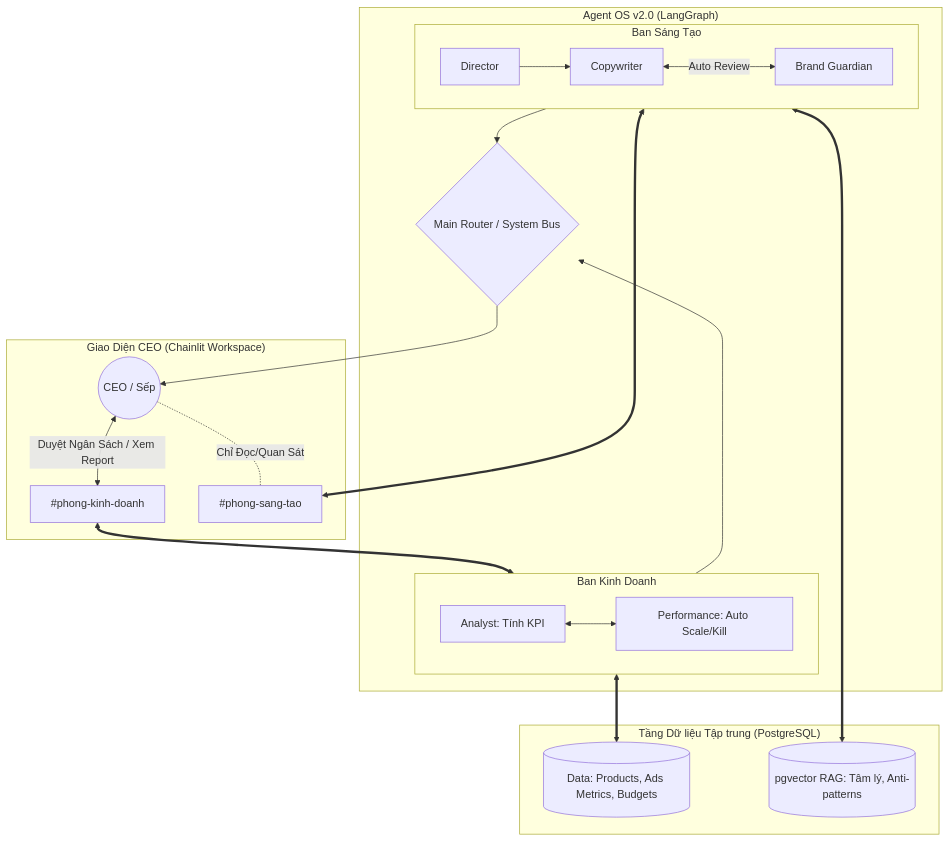
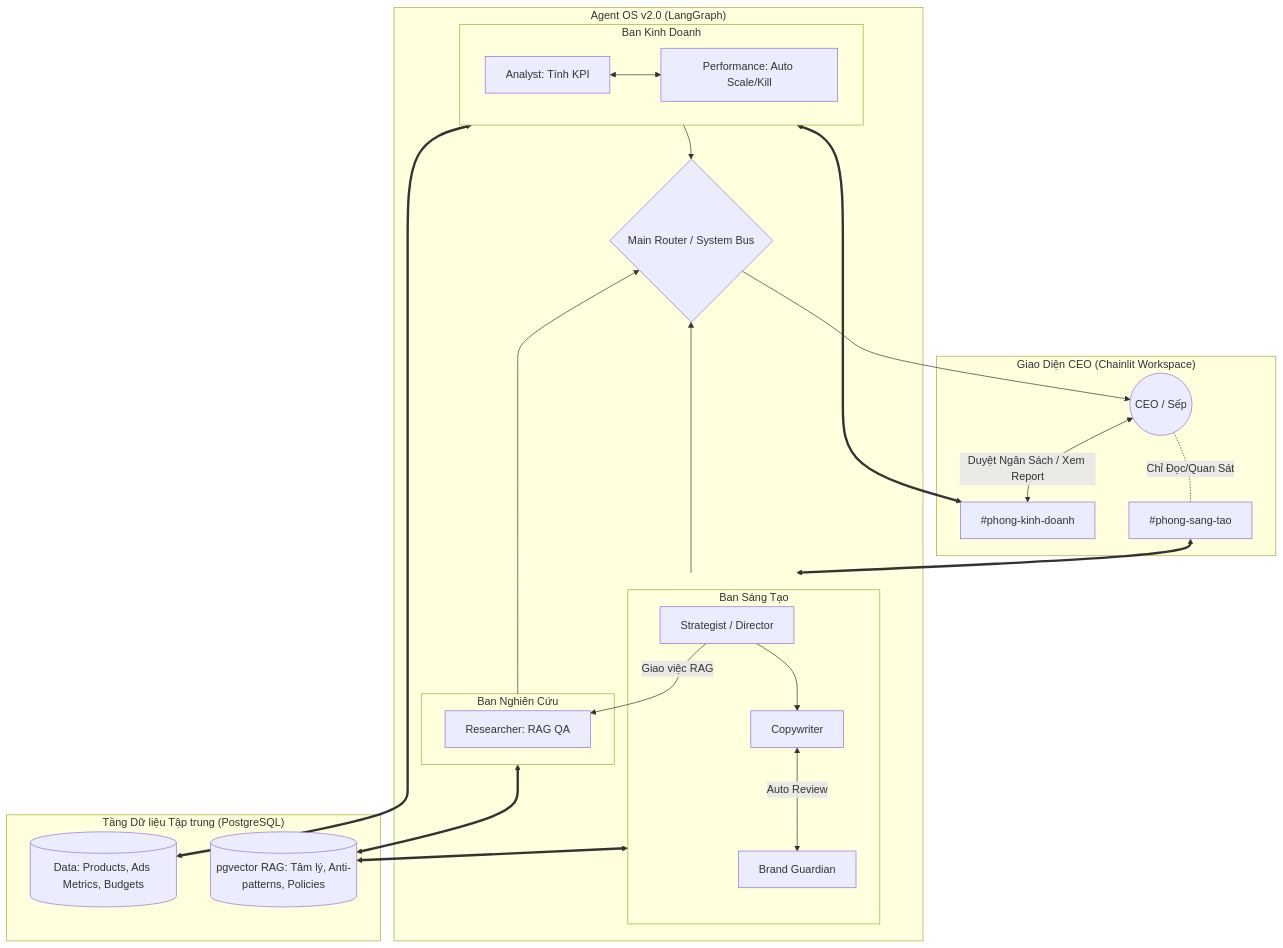
Before and after one commit to lupca/marketing-agent-os: the diagram in docs/02_architecture/core_architecture.md, drawn with Mermaid. The commit also changed other lines of this file and 15 other files, not shown here.

````diff
--- a/docs/02_architecture/core_architecture.md
+++ b/docs/02_architecture/core_architecture.md
@@ -57,50 +58,60 @@
 ```mermaid
 graph TD
     %% TẦNG UI
     subgraph UI_Layer ["Giao Diện CEO (Chainlit Workspace)"]
         CEO((CEO / Sếp))
         Channel_Biz["#phong-kinh-doanh"]
         Channel_Creative["#phong-sang-tao"]
         CEO <-->|Duyệt Ngân Sách / Xem Report| Channel_Biz
         CEO -.-|Chỉ Đọc/Quan Sát| Channel_Creative
     end
 
     %% TẦNG LANGGRAPH
     subgraph LangGraph_OS ["Agent OS v2.0 (LangGraph)"]
         
         %% Business Graph
         subgraph Business_Graph ["Ban Kinh Doanh"]
             Analyst[Analyst: Tính KPI]
             Perf[Performance: Auto Scale/Kill]
             Analyst <--> Perf
         end
 
         %% Creative Graph
         subgraph Creative_Graph ["Ban Sáng Tạo"]
-            Dir[Director]
+            Dir[Strategist / Director]
             Wri[Copywriter]
             Gua[Brand Guardian]
             Dir --> Wri
             Wri <-->|Auto Review| Gua
+        end
+
+        %% Researcher Node (v2.1)
+        subgraph Researcher_Sub ["Ban Nghiên Cứu"]
+            Res[Researcher: RAG QA]
         end
         
         Main_Router{Main Router / System Bus}
     end
 
     %% TẦNG DATABASE
     subgraph DB_Layer ["Tầng Dữ liệu Tập trung (PostgreSQL)"]
         PG_Relational[(Data: Products, Ads Metrics, Budgets)]
-        PG_Vector[(pgvector RAG: Tâm lý, Anti-patterns)]
+        PG_Vector[(pgvector RAG: Tâm lý, Anti-patterns, Policies)]
     end
 
     %% KẾT NỐI
     Channel_Biz <==> Business_Graph
     Channel_Creative <==> Creative_Graph
     
     Business_Graph --> Main_Router
     Creative_Graph --> Main_Router
+    Researcher_Sub --> Main_Router
     Main_Router --> CEO
+    
+    %% Phối hợp ngang ngầm
+    Dir -->|Giao việc RAG| Res
     
     Business_Graph <==> PG_Relational
     Creative_Graph <==> PG_Vector
+    Researcher_Sub <==> PG_Vector
 ```
````
